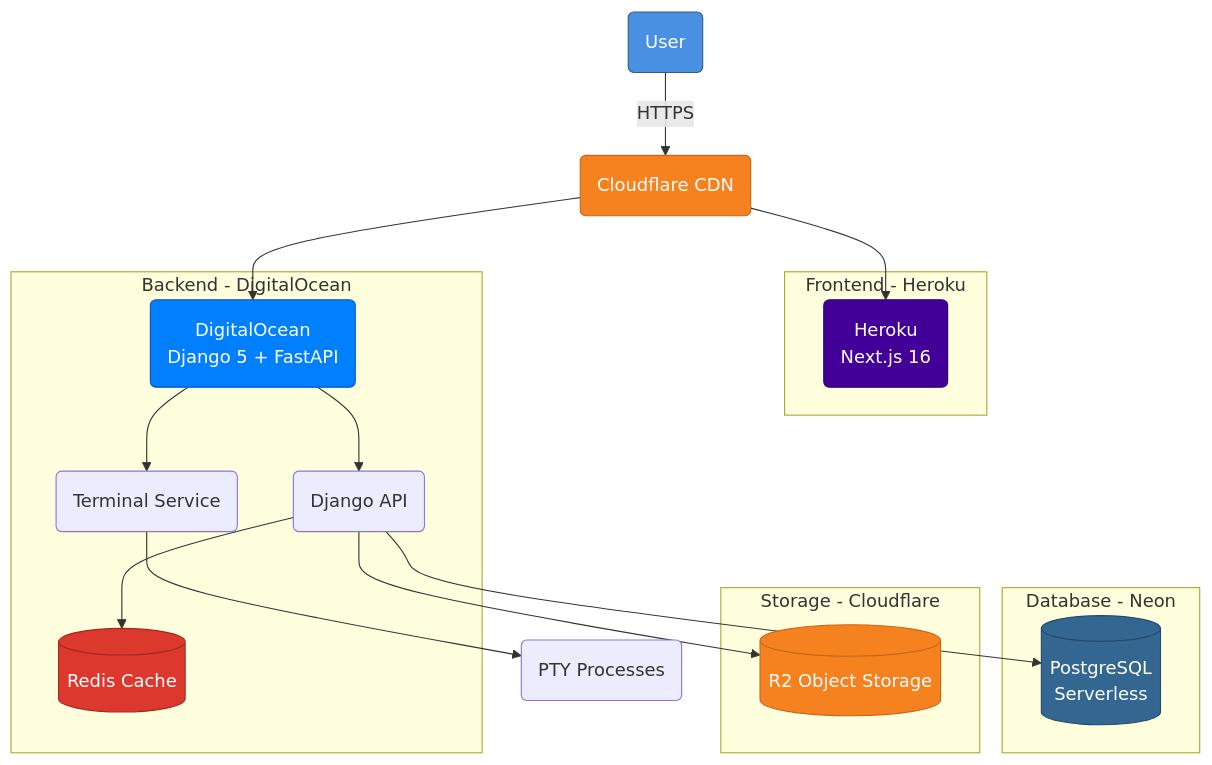
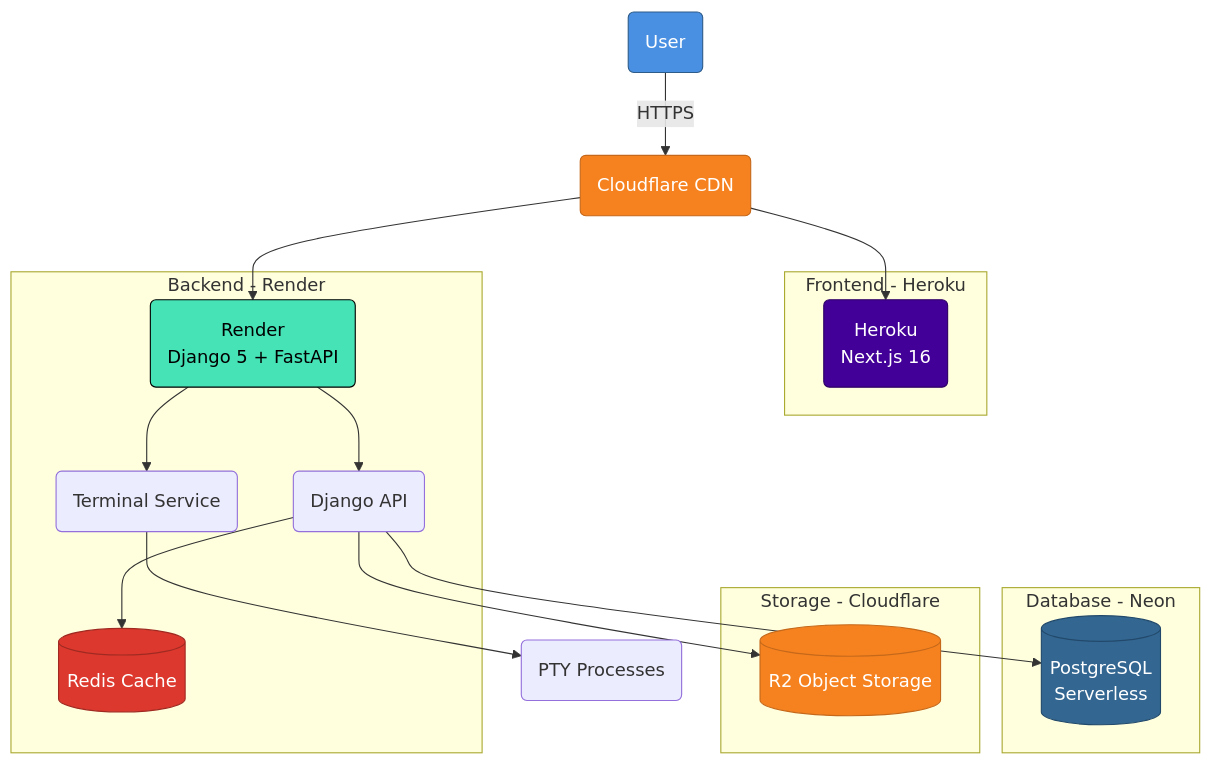
The second of 2 diagrams in README.md (aouichou/My-Portfolio), drawn with Mermaid before and after one commit. The commit also changed other lines of this file and 4 other files, not shown here.

First line of the commit message:
ci(render): migrate backend+terminal deploy jobs from DigitalOcean to Render

````diff
--- a/README.md
+++ b/README.md
@@ -92,36 +92,36 @@
 ```mermaid
 graph TD
     User("User") -->|HTTPS| CF("Cloudflare CDN")
     CF --> Heroku("Heroku<br/>Next.js 16")
-    CF --> DO("DigitalOcean<br/>Django 5 + FastAPI")
+    CF --> Render("Render<br/>Django 5 + FastAPI")
     
     subgraph "Frontend - Heroku"
         Heroku
     end
     
-    subgraph "Backend - DigitalOcean"
-        DO --> API("Django API")
-        DO --> Terminal("Terminal Service")
+    subgraph "Backend - Render"
+        Render --> API("Django API")
+        Render --> Terminal("Terminal Service")
         API --> Redis[("Redis Cache")]
     end
     
     subgraph "Database - Neon"
         DB[("PostgreSQL<br/>Serverless")]
     end
     
     subgraph "Storage - Cloudflare"
         R2[("R2 Object Storage")]
     end
     
     API --> DB
     API --> R2
     Terminal --> PTY("PTY Processes")
     
     style User fill:#4A90E2,stroke:#2E5C8A,color:#fff
     style CF fill:#F6821F,stroke:#C5681A,color:#fff
     style Heroku fill:#430098,stroke:#2E0066,color:#fff
-    style DO fill:#0080FF,stroke:#0059B3,color:#fff
+    style Render fill:#46E3B7,stroke:#000,color:#000
     style DB fill:#336791,stroke:#22496B,color:#fff
     style R2 fill:#F6821F,stroke:#C5681A,color:#fff
     style Redis fill:#DC382D,stroke:#A02A22,color:#fff
 ```
````
